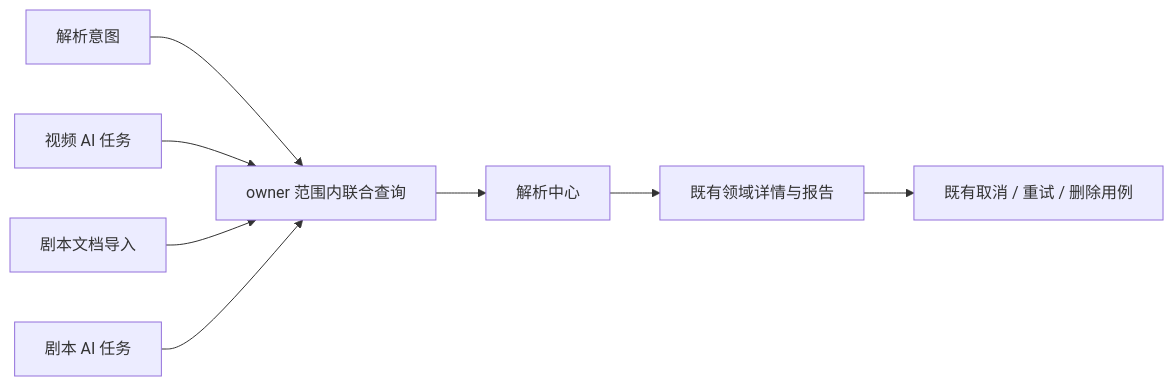
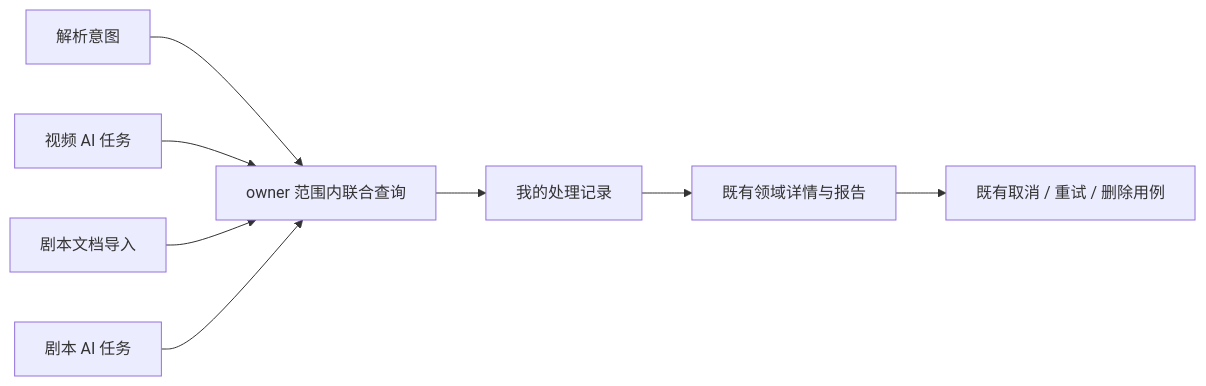
Before and after one commit to StephenQiu30/framefetch: the diagram in docs/design/045-统一解析中心设计.md, drawn with Mermaid. The commit also changed other lines of this file and 38 other files, not shown here.

````diff
--- a/docs/design/045-统一解析中心设计.md
+++ b/docs/design/045-统一解析中心设计.md
@@ -24,10 +24,10 @@
 ```mermaid
 flowchart LR
   I[解析意图] --> Q[owner 范围内联合查询]
   V[视频 AI 任务] --> Q
   D[剧本文档导入] --> Q
   S[剧本 AI 任务] --> Q
-  Q --> C[解析中心]
+  Q --> C[我的处理记录]
   C --> R[既有领域详情与报告]
   R --> A[既有取消 / 重试 / 删除用例]
 ```
````
